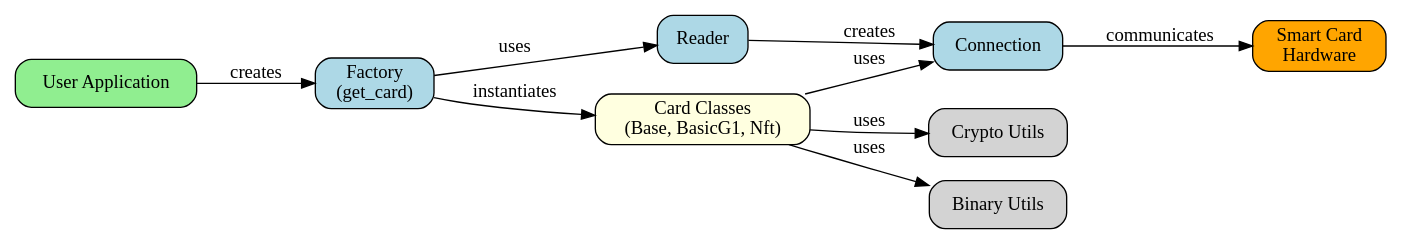
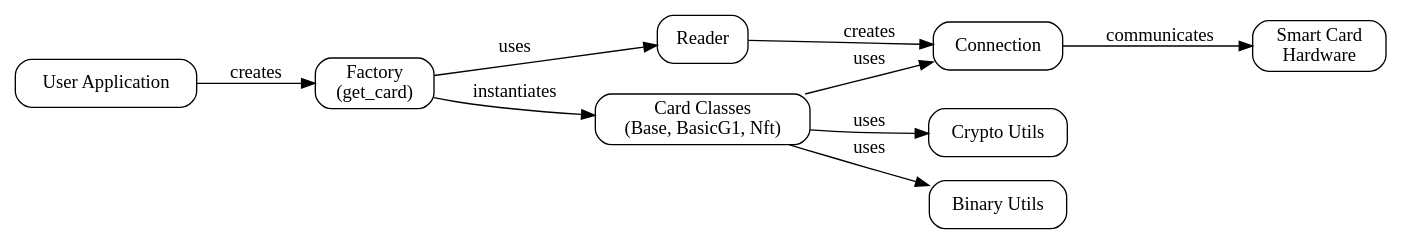
The fifth of 8 diagrams in docs/class_diagrams.rst (Cryptnox-Software/cryptnoxpy), drawn with Graphviz before and after one commit. The commit also changed other lines of this file and 2 other files, not shown here.

Commit message:
Add class diagrams, fix diagram sizing issues, center diagrams and convert to black and white

```diff
--- a/docs/class_diagrams.rst
+++ b/docs/class_diagrams.rst
@@ -109,31 +204,32 @@
 .. graphviz::
    :caption: Cryptnox SDK Architecture
 
    digraph cryptnox_architecture {
       rankdir=LR;
-      node [shape=box, style="rounded,filled", fillcolor=lightblue];
+      node [shape=box, style="rounded", color=black, fontcolor=black];
+      edge [color=black];
       
       // Main components
-      User [label="User Application", fillcolor=lightgreen];
+      User [label="User Application"];
       Factory [label="Factory\n(get_card)"];
       Reader [label="Reader"];
       Connection [label="Connection"];
-      Card [label="Card Classes\n(Base, BasicG1, Nft)", fillcolor=lightyellow];
+      Card [label="Card Classes\n(Base, BasicG1, Nft)"];
       
       // Utilities
-      CryptoUtils [label="Crypto Utils", fillcolor=lightgray];
-      BinaryUtils [label="Binary Utils", fillcolor=lightgray];
+      CryptoUtils [label="Crypto Utils"];
+      BinaryUtils [label="Binary Utils"];
       
       // External
-      SmartCard [label="Smart Card\nHardware", fillcolor=orange];
+      SmartCard [label="Smart Card\nHardware"];
       
       // Relationships
       User -> Factory [label="creates"];
       Factory -> Reader [label="uses"];
       Reader -> Connection [label="creates"];
       Factory -> Card [label="instantiates"];
       Card -> Connection [label="uses"];
       Connection -> SmartCard [label="communicates"];
       Card -> CryptoUtils [label="uses"];
       Card -> BinaryUtils [label="uses"];
    }
```
